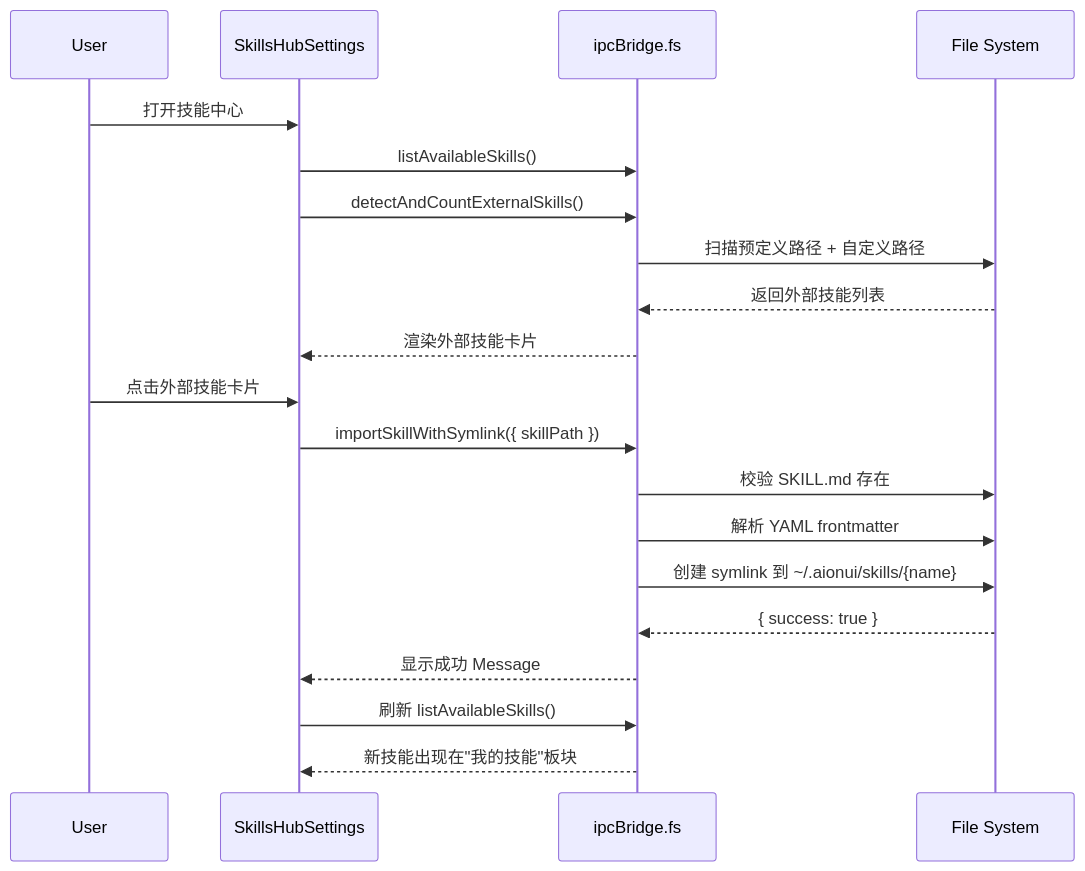
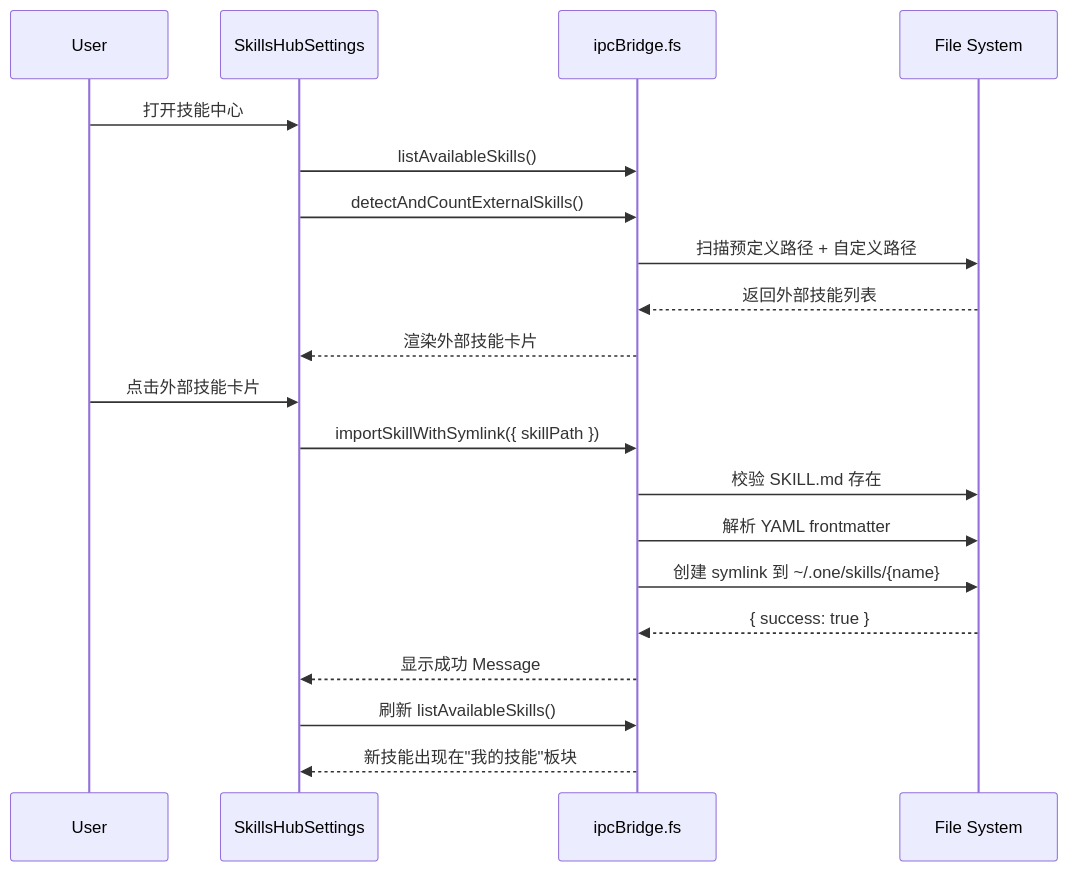
One commit to gaogg521/dream-ui changed the first of 3 diagrams in tests/e2e/docs/skills-hub/requirements.zh.md. Above: the diagram before and after it, drawn with Mermaid. The commit also changed other lines of this file and 153 other files, not shown here.

````diff
--- a/tests/e2e/docs/skills-hub/requirements.zh.md
+++ b/tests/e2e/docs/skills-hub/requirements.zh.md
@@ -750,24 +750,24 @@
 ```mermaid
 sequenceDiagram
     participant User
     participant UI as SkillsHubSettings
     participant Bridge as ipcBridge.fs
     participant FS as File System
 
     User->>UI: 打开技能中心
     UI->>Bridge: listAvailableSkills()
     UI->>Bridge: detectAndCountExternalSkills()
     Bridge->>FS: 扫描预定义路径 + 自定义路径
     FS-->>Bridge: 返回外部技能列表
     Bridge-->>UI: 渲染外部技能卡片
 
     User->>UI: 点击外部技能卡片
     UI->>Bridge: importSkillWithSymlink({ skillPath })
     Bridge->>FS: 校验 SKILL.md 存在
     Bridge->>FS: 解析 YAML frontmatter
-    Bridge->>FS: 创建 symlink 到 ~/.aionui/skills/{name}
+    Bridge->>FS: 创建 symlink 到 ~/.one/skills/{name}
     FS-->>Bridge: { success: true }
     Bridge-->>UI: 显示成功 Message
     UI->>Bridge: 刷新 listAvailableSkills()
     Bridge-->>UI: 新技能出现在"我的技能"板块
 ```
````
